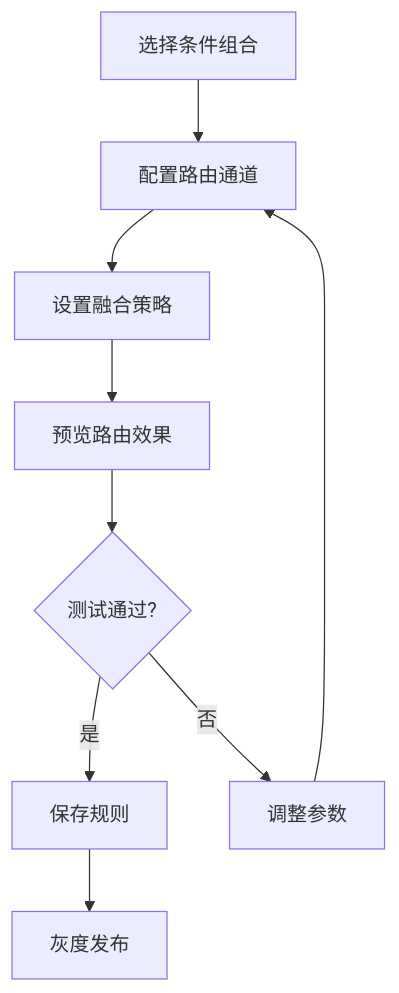
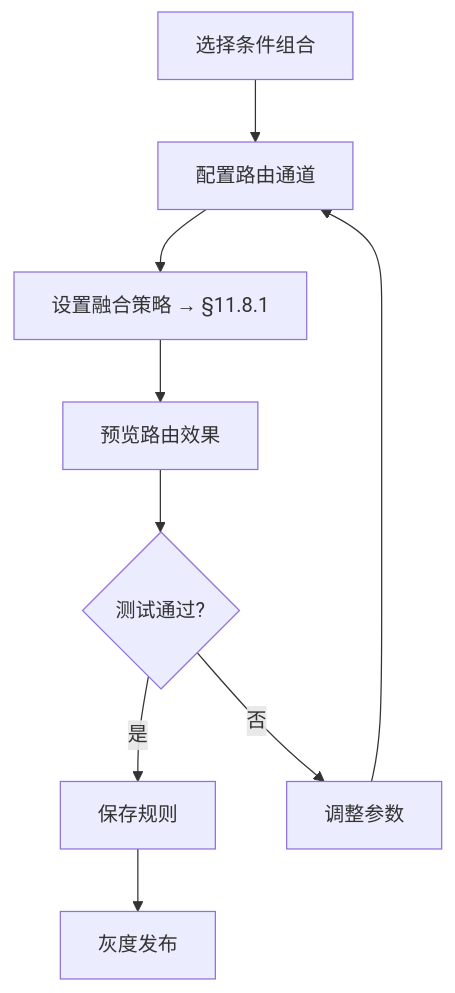
Diagram 14 of 21 in docs/prd/前端界面实现方案.md (zeus-maker/NexusRAG), drawn with Mermaid before and after one commit. The commit also changed other lines of this file and 2 other files, not shown here.

Commit message:
1.6 收尾已完成，GraphRAG / LazyGraphRAG 的管理与可视化 ASCII 均已写入主文档，并对照表、README 同步至 v1.6。

````diff
--- a/docs/prd/前端界面实现方案.md
+++ b/docs/prd/前端界面实现方案.md
@@ -2280,11 +2314,11 @@
 ```mermaid
 flowchart TD
     A[选择条件组合] --> B[配置路由通道]
-    B --> C[设置融合策略]
+    B --> C[设置融合策略 → §11.8.1]
     C --> D[预览路由效果]
     D --> E{测试通过?}
     E -->|是| F[保存规则]
     E -->|否| G[调整参数]
     G --> B
     F --> H[灰度发布]
 ```
````
